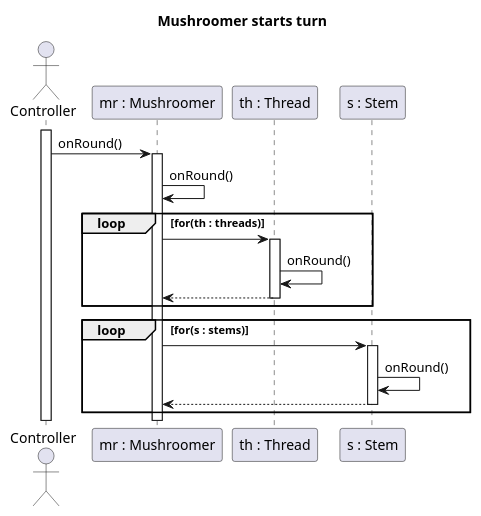
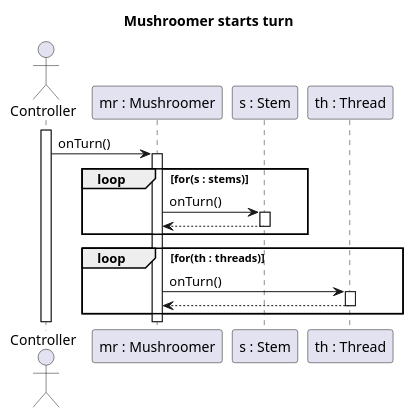
Before and after one commit to Petya-G/fungorium: the diagram in 5/sequences/mushroomerStartsTurn.puml, drawn with PlantUML. The commit also changed 5 other files, not shown here.

Commit message:
added more diagrams

```diff
--- a/5/sequences/mushroomerStartsTurn.puml
+++ b/5/sequences/mushroomerStartsTurn.puml
@@ -1,33 +1,31 @@
 @startuml Mushroomer starts turn
 
 title Mushroomer starts turn
 
 actor Controller
 participant "mr : Mushroomer" as MR
+participant "s : Stem" as S
 participant "th : Thread" as TH
-participant "s : Stem" as S
 
 activate Controller
-Controller -> MR : onRound()
+Controller -> MR : onTurn()
 activate MR
 
-MR -> MR : onRound()
+loop for(s : stems)
+    MR -> S : onTurn()
+    activate S
+
+    MR <-- S
+    deactivate S
+end
+
 loop for(th : threads)
-    MR -> TH
+    MR -> TH : onTurn()
     activate TH
-    TH -> TH : onRound()
 
     MR <-- TH
     deactivate TH
 end
 
-loop for(s : stems)
-    MR -> S
-    activate S
-    S -> S : onRound()
-
-    MR <-- S
-    deactivate S
-end
 
 @enduml
```
